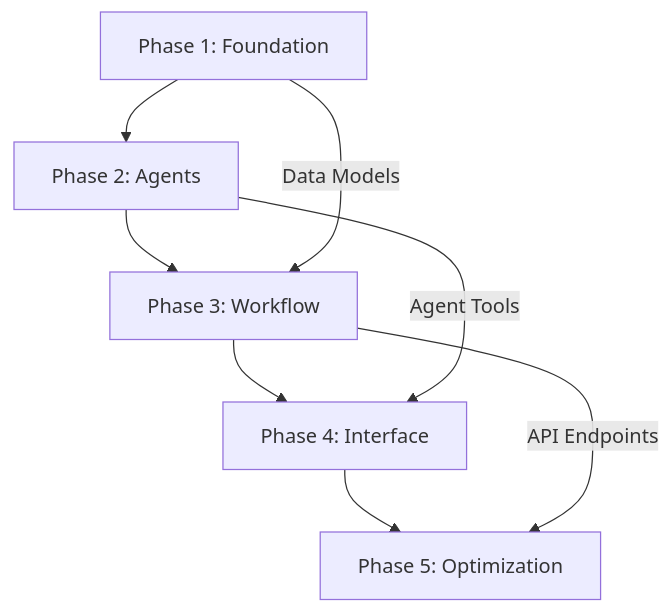
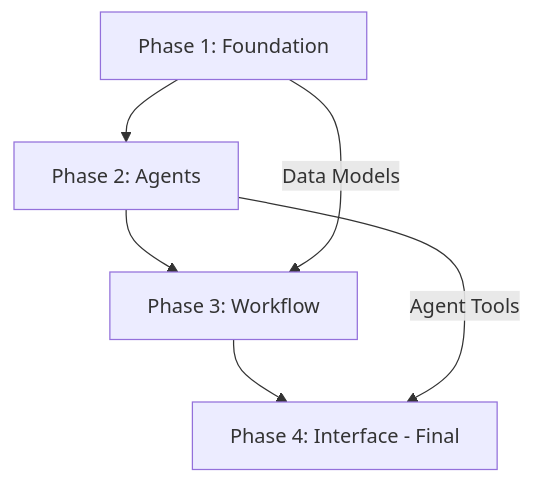
One commit to bradleyreaney/accessibility-eval-crew-two changed the diagram in plans/master-plan.md. Above: the diagram before and after it, drawn with Mermaid. The commit also changed other lines of this file and 12 other files, not shown here.

````diff
--- a/plans/master-plan.md
+++ b/plans/master-plan.md
@@ -298,11 +297,9 @@
 ```mermaid
 graph TD
     A[Phase 1: Foundation] --> B[Phase 2: Agents]
     B --> C[Phase 3: Workflow]
-    C --> D[Phase 4: Interface]
-    D --> E[Phase 5: Optimization]
+    C --> D[Phase 4: Interface - Final]
     
     A --> |"Data Models"| C
     B --> |"Agent Tools"| D
-    C --> |"API Endpoints"| E
 ```
````
